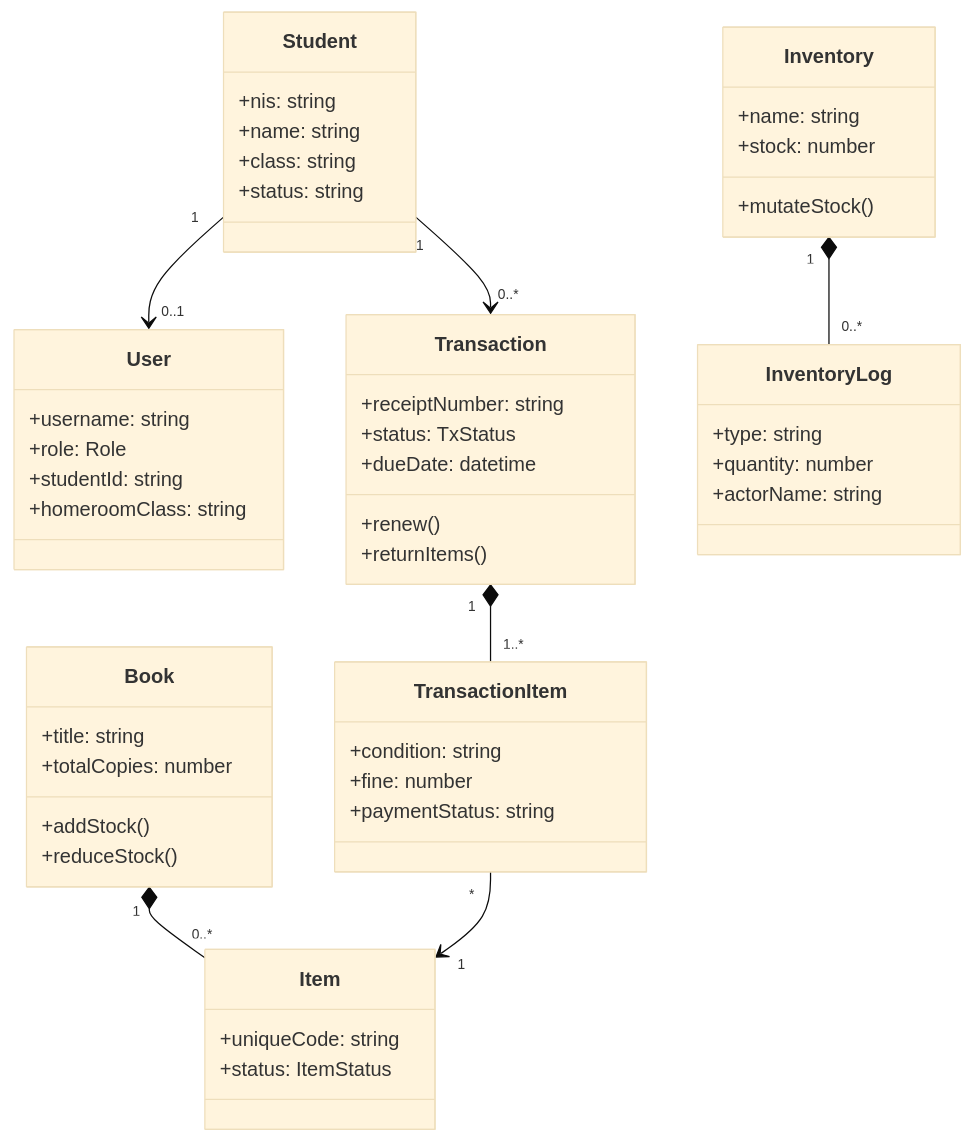
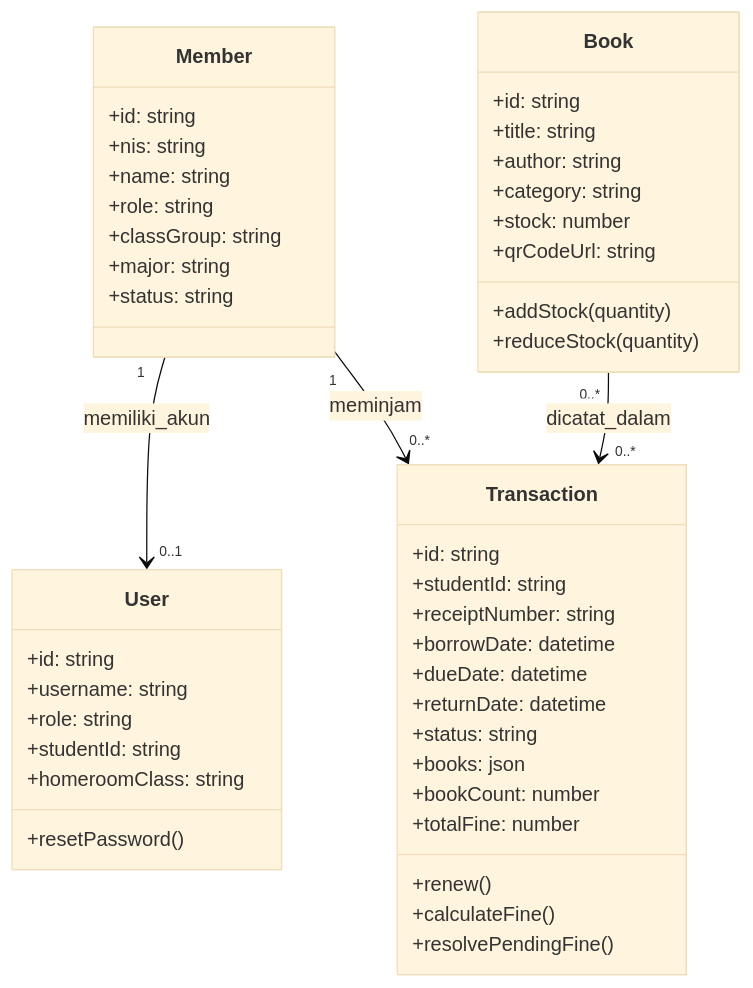
The ninth of 16 diagrams in Readme.md (karinatantri/Perpustakaan), drawn with Mermaid (base theme) before and after one commit. The commit also changed other lines of this file and 27 other files, not shown here.

````diff
--- a/Readme.md
+++ b/Readme.md
@@ -363,53 +528,48 @@
 ```mermaid
 classDiagram
   class User {
+    +id: string
     +username: string
-    +role: Role
+    +role: string
     +studentId: string
     +homeroomClass: string
+    +resetPassword()
   }
-  class Student {
+  class Member {
+    +id: string
     +nis: string
     +name: string
-    +class: string
+    +role: string
+    +classGroup: string
+    +major: string
     +status: string
   }
   class Book {
+    +id: string
     +title: string
-    +totalCopies: number
-    +addStock()
-    +reduceStock()
-  }
-  class Item {
-    +uniqueCode: string
-    +status: ItemStatus
+    +author: string
+    +category: string
+    +stock: number
+    +qrCodeUrl: string
+    +addStock(quantity)
+    +reduceStock(quantity)
   }
   class Transaction {
+    +id: string
+    +studentId: string
     +receiptNumber: string
-    +status: TxStatus
+    +borrowDate: datetime
     +dueDate: datetime
+    +returnDate: datetime
+    +status: string
+    +books: json
+    +bookCount: number
+    +totalFine: number
     +renew()
-    +returnItems()
+    +calculateFine()
+    +resolvePendingFine()
   }
-  class TransactionItem {
-    +condition: string
-    +fine: number
-    +paymentStatus: string
-  }
-  class Inventory {
-    +name: string
-    +stock: number
-    +mutateStock()
-  }
-  class InventoryLog {
-    +type: string
-    +quantity: number
-    +actorName: string
-  }
-  Student "1" --> "0..1" User
-  Student "1" --> "0..*" Transaction
-  Book "1" *-- "0..*" Item
-  Transaction "1" *-- "1..*" TransactionItem
-  TransactionItem "*" --> "1" Item
-  Inventory "1" *-- "0..*" InventoryLog
+  Member "1" --> "0..1" User : memiliki_akun
+  Member "1" --> "0..*" Transaction : meminjam
+  Book "0..*" --> "0..*" Transaction : dicatat_dalam
 ```
````
